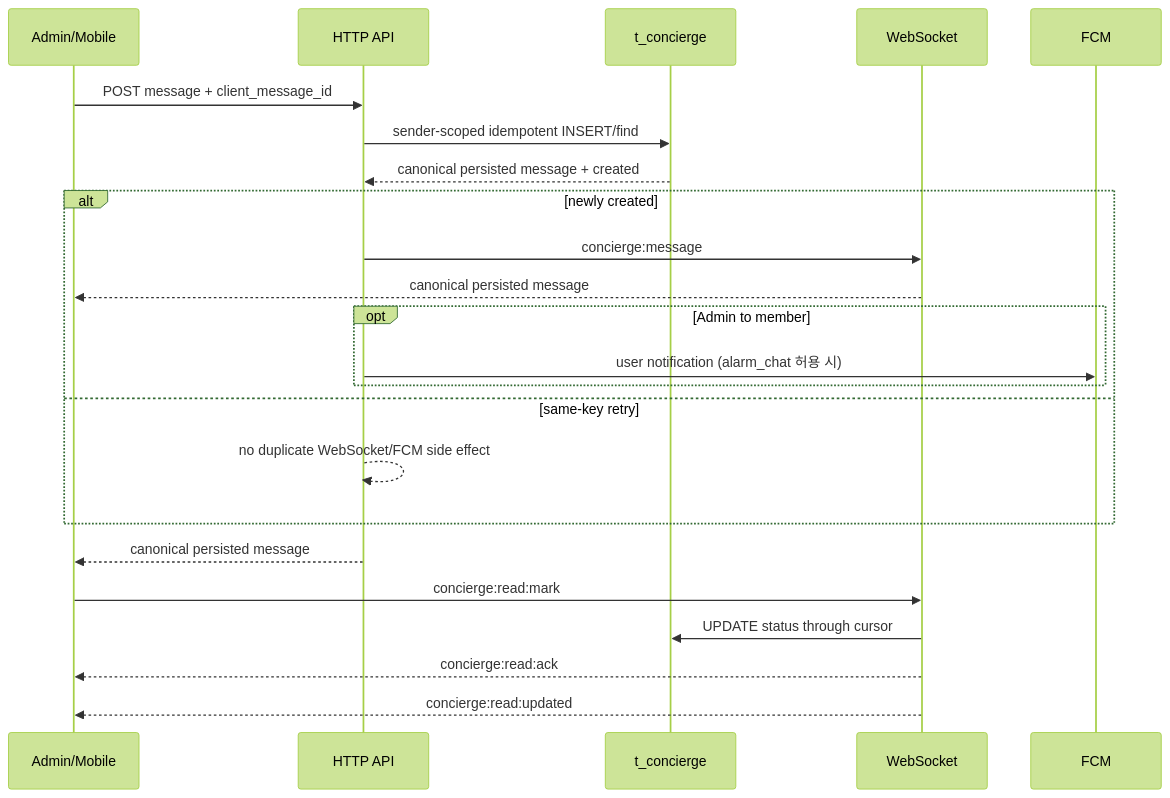
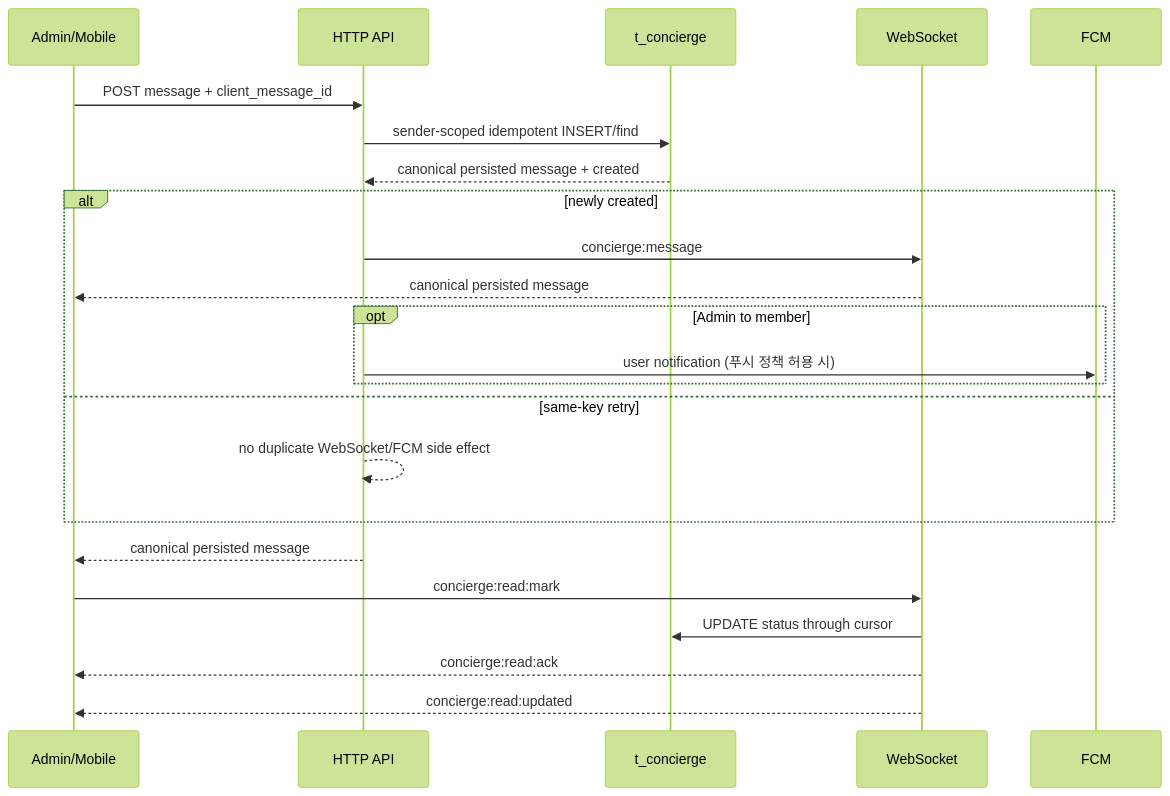
Before and after one commit to coupler-developer/docs: the second of 3 diagrams in content/architecture/chat-system.md, drawn with Mermaid (forest theme). The commit also changed other lines of this file and 3 other files, not shown here.

````diff
--- a/content/architecture/chat-system.md
+++ b/content/architecture/chat-system.md
@@ -221,26 +221,26 @@
 ```mermaid
 sequenceDiagram
     participant Client as Admin/Mobile
     participant HTTP as HTTP API
     participant DB as t_concierge
     participant WS as WebSocket
     participant FCM as FCM
 
     Client->>HTTP: POST message + client_message_id
     HTTP->>DB: sender-scoped idempotent INSERT/find
     DB-->>HTTP: canonical persisted message + created
     alt newly created
         HTTP->>WS: concierge:message
         WS-->>Client: canonical persisted message
         opt Admin to member
-            HTTP->>FCM: user notification (alarm_chat 허용 시)
+            HTTP->>FCM: user notification (푸시 정책 허용 시)
         end
     else same-key retry
         HTTP-->>HTTP: no duplicate WebSocket/FCM side effect
     end
     HTTP-->>Client: canonical persisted message
     Client->>WS: concierge:read:mark
     WS->>DB: UPDATE status through cursor
     WS-->>Client: concierge:read:ack
     WS-->>Client: concierge:read:updated
 ```
````
